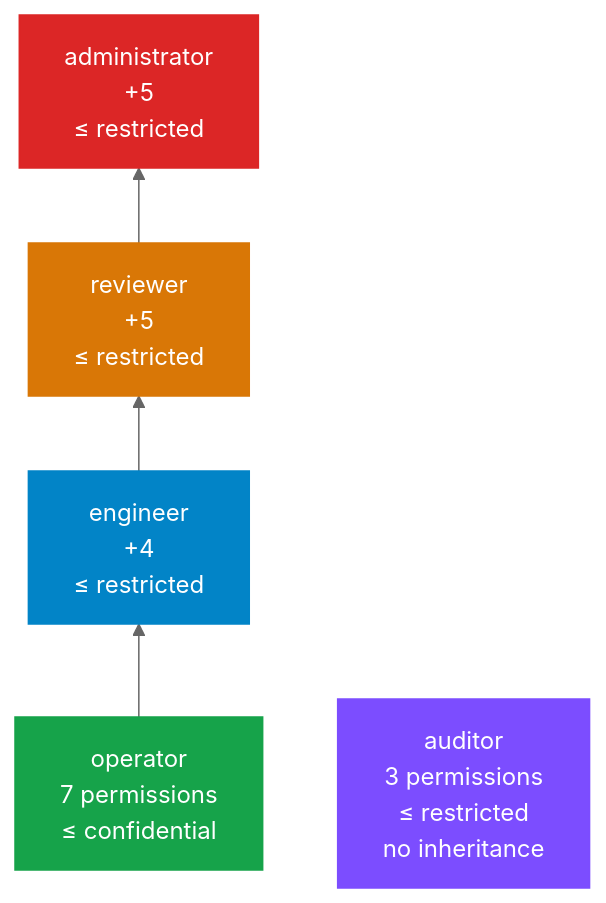
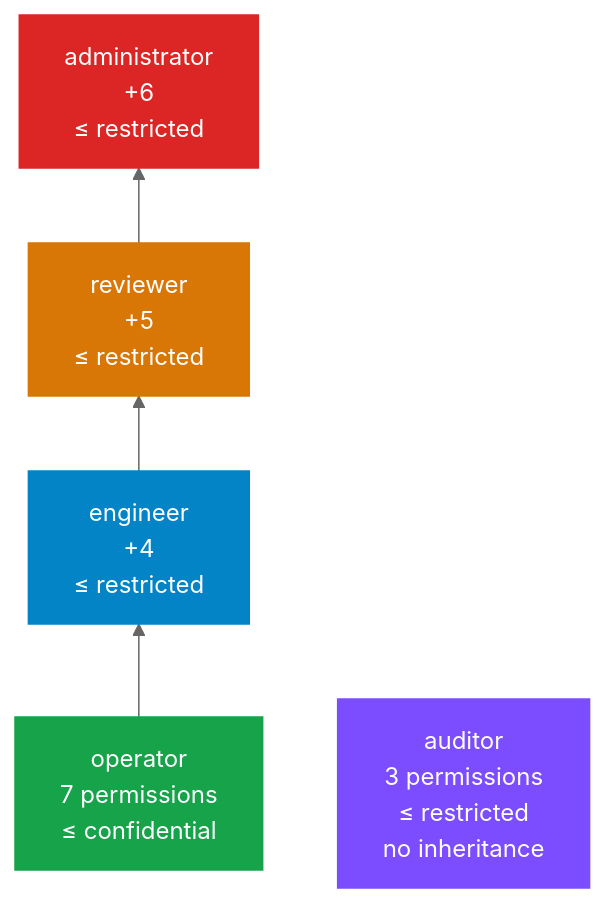
One commit to kartikeyajay2006/Sovereign-On_Premise-Agentic-AI-Workbench changed the diagram in docs/handbook/09-security/01-access-control.md. Above: the diagram before and after it, drawn with Mermaid (neutral theme). The commit also changed other lines of this file and 8 other files, not shown here.

````diff
--- a/docs/handbook/09-security/01-access-control.md
+++ b/docs/handbook/09-security/01-access-control.md
@@ -7,12 +7,12 @@
 ```mermaid
 flowchart BT
     OP[operator<br/>7 permissions<br/>≤ confidential] --> EN[engineer<br/>+4<br/>≤ restricted]
     EN --> RV[reviewer<br/>+5<br/>≤ restricted]
-    RV --> AD[administrator<br/>+5<br/>≤ restricted]
+    RV --> AD[administrator<br/>+6<br/>≤ restricted]
     AU[auditor<br/>3 permissions<br/>≤ restricted<br/>no inheritance]
     style OP fill:#16a34a,color:#fff,stroke:#16a34a
     style EN fill:#0284c7,color:#fff,stroke:#0284c7
     style RV fill:#d97706,color:#fff,stroke:#d97706
     style AD fill:#dc2626,color:#fff,stroke:#dc2626
     style AU fill:#7c4dff,color:#fff,stroke:#7c4dff
 ```
````
